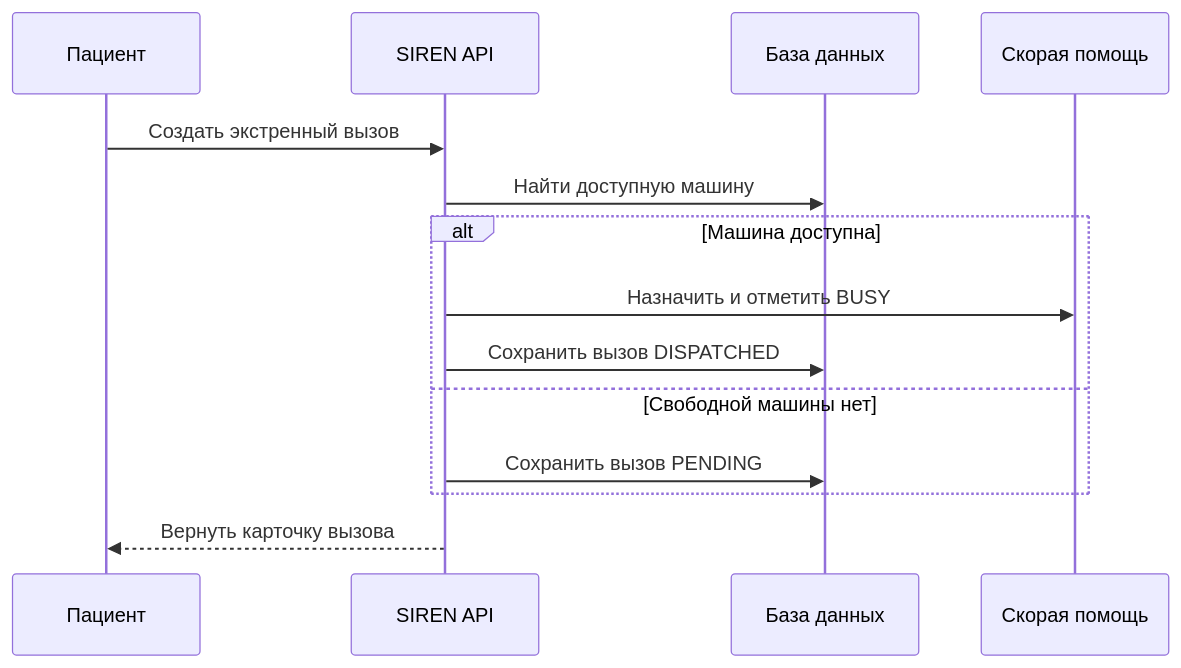
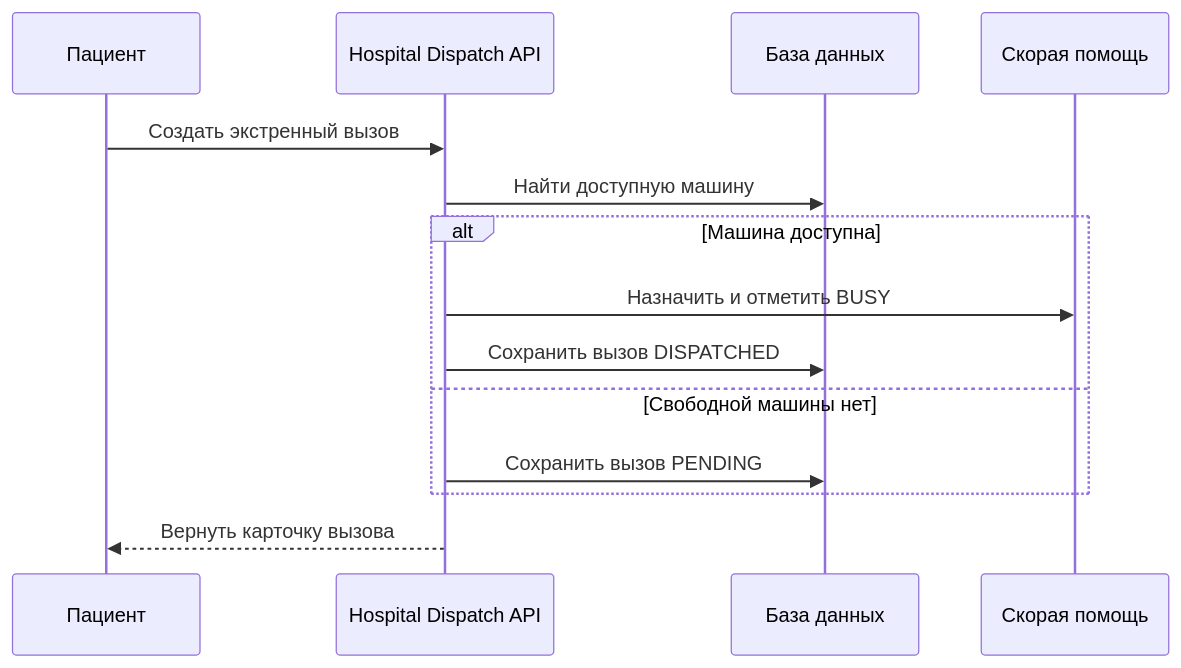
Before and after one commit to AkbarxojaMuxiddinov/hospital-dispatch-api: the diagram in README.md, drawn with Mermaid. The commit also changed other lines of this file and 1 other file, not shown here.

````diff
--- a/README.md
+++ b/README.md
@@ -15,16 +15,16 @@
 ```mermaid
 sequenceDiagram
     participant P as Пациент
-    participant API as SIREN API
+    participant API as Hospital Dispatch API
     participant DB as База данных
     participant A as Скорая помощь
     P->>API: Создать экстренный вызов
     API->>DB: Найти доступную машину
     alt Машина доступна
         API->>A: Назначить и отметить BUSY
         API->>DB: Сохранить вызов DISPATCHED
     else Свободной машины нет
         API->>DB: Сохранить вызов PENDING
     end
     API-->>P: Вернуть карточку вызова
 ```
````
